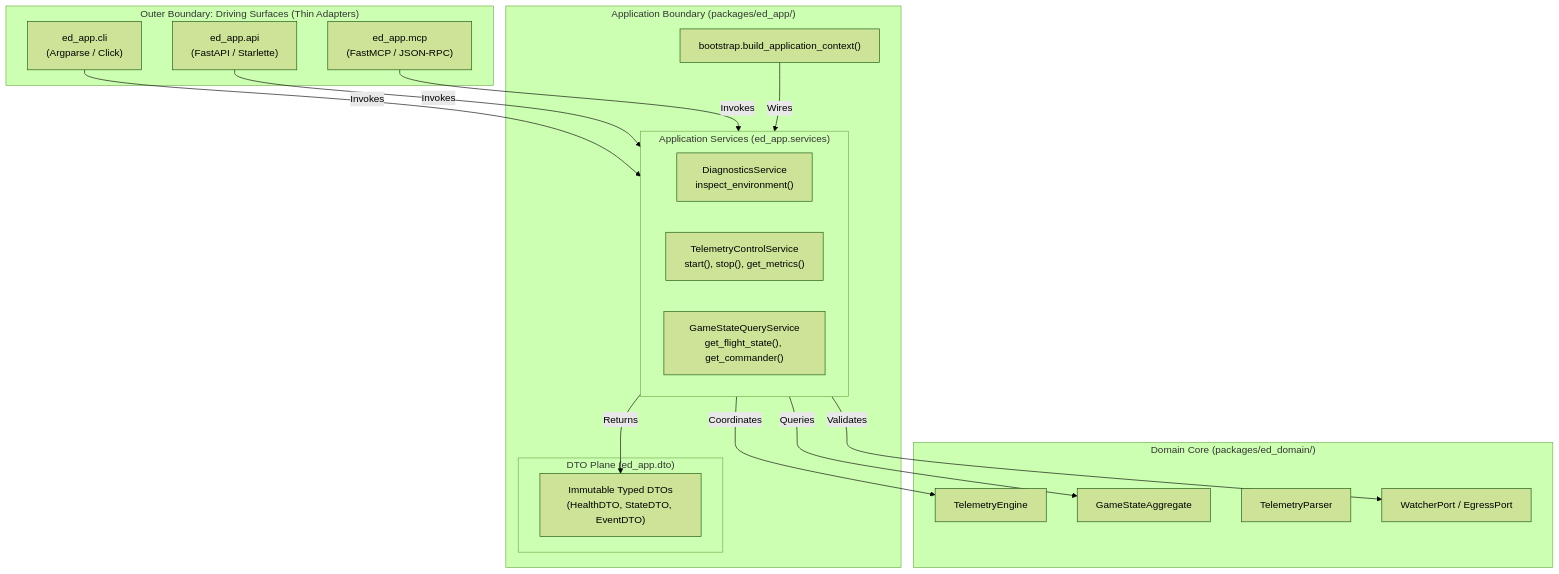
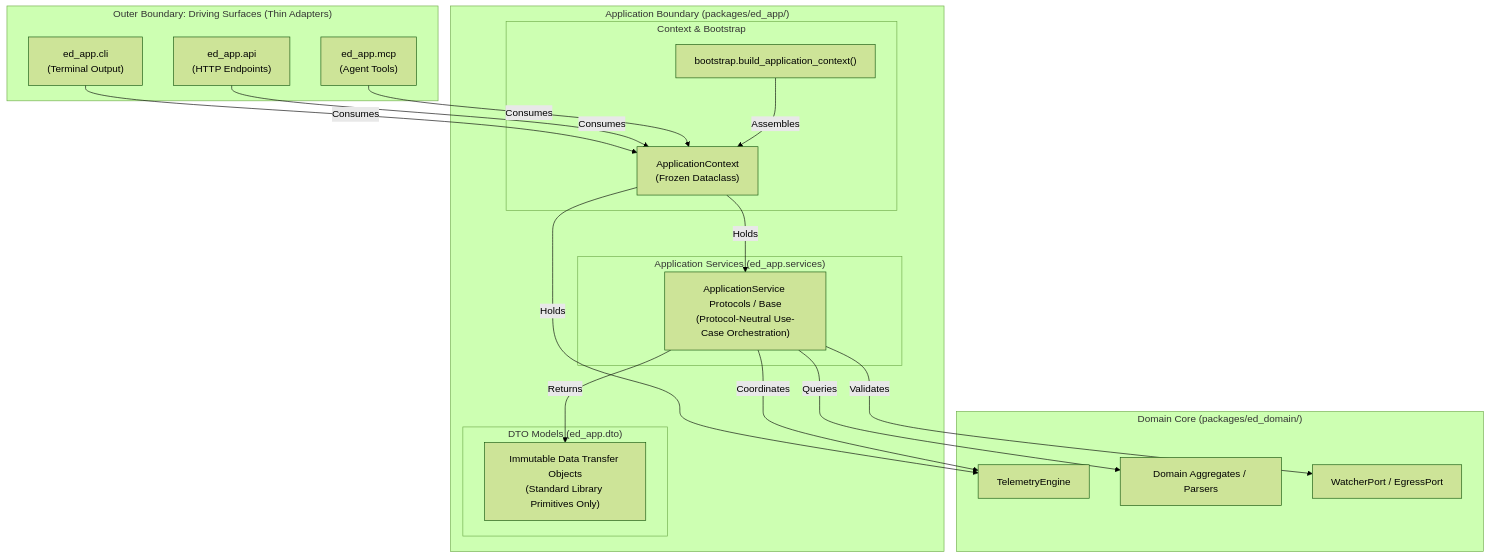
Before and after one commit to mnaatjes/ed-telemetry: the diagram in architecture/adr/0010_application_service_layer_and_boundary_contracts.md, drawn with Mermaid (forest theme). The commit also changed other lines of this file and 1 other file, not shown here.

Commit message:
docs(architecture): refine ADR 0010 and SDD-008 strictly to structural scaffolding

````diff
--- a/architecture/adr/0010_application_service_layer_and_boundary_contracts.md
+++ b/architecture/adr/0010_application_service_layer_and_boundary_contracts.md
@@ -54,40 +56,42 @@
 ```mermaid
 flowchart TD
     subgraph DrivingSurfaces["Outer Boundary: Driving Surfaces (Thin Adapters)"]
-        CLI["ed_app.cli<br/>(Argparse / Click)"]
-        REST["ed_app.api<br/>(FastAPI / Starlette)"]
-        MCP["ed_app.mcp<br/>(FastMCP / JSON-RPC)"]
+        CLI["ed_app.cli<br/>(Terminal Output)"]
+        REST["ed_app.api<br/>(HTTP Endpoints)"]
+        MCP["ed_app.mcp<br/>(Agent Tools)"]
     end
 
-    subgraph AppLayer["Application Boundary (packages/ed_app/)"]
-        subgraph DTOPlane["DTO Plane (ed_app.dto)"]
-            DTOs["Immutable Typed DTOs<br/>(HealthDTO, StateDTO, EventDTO)"]
+    subgraph AppBoundary["Application Boundary (packages/ed_app/)"]
+        subgraph ContextPlane["Context & Bootstrap"]
+            Context["ApplicationContext<br/>(Frozen Dataclass)"]
+            Boot["bootstrap.build_application_context()"]
         end
 
         subgraph ServicePlane["Application Services (ed_app.services)"]
-            DiagService["DiagnosticsService<br/>inspect_environment()"]
-            ControlService["TelemetryControlService<br/>start(), stop(), get_metrics()"]
-            QueryService["GameStateQueryService<br/>get_flight_state(), get_commander()"]
+            Services["ApplicationService Protocols / Base<br/>(Protocol-Neutral Use-Case Orchestration)"]
         end
 
-        Boot["bootstrap.build_application_context()"]
+        subgraph DTOPlane["DTO Models (ed_app.dto)"]
+            DTOs["Immutable Data Transfer Objects<br/>(Standard Library Primitives Only)"]
+        end
     end
 
     subgraph DomainCore["Domain Core (packages/ed_domain/)"]
         Engine["TelemetryEngine"]
-        StateAgg["GameStateAggregate"]
-        Parser["TelemetryParser"]
+        StateAgg["Domain Aggregates / Parsers"]
         Ports["WatcherPort / EgressPort"]
     end
 
-    CLI -->|Invokes| ServicePlane
-    REST -->|Invokes| ServicePlane
-    MCP -->|Invokes| ServicePlane
+    CLI -->|Consumes| Context
+    REST -->|Consumes| Context
+    MCP -->|Consumes| Context
 
-    ServicePlane -->|Returns| DTOs
-    ServicePlane -->|Coordinates| Engine
-    ServicePlane -->|Queries| StateAgg
-    ServicePlane -->|Validates| Ports
+    Boot -->|Assembles| Context
+    Context -->|Holds| Services
+    Context -->|Holds| Engine
 
-    Boot -->|Wires| ServicePlane
+    Services -->|Returns| DTOs
+    Services -->|Coordinates| Engine
+    Services -->|Queries| StateAgg
+    Services -->|Validates| Ports
 ```
````
